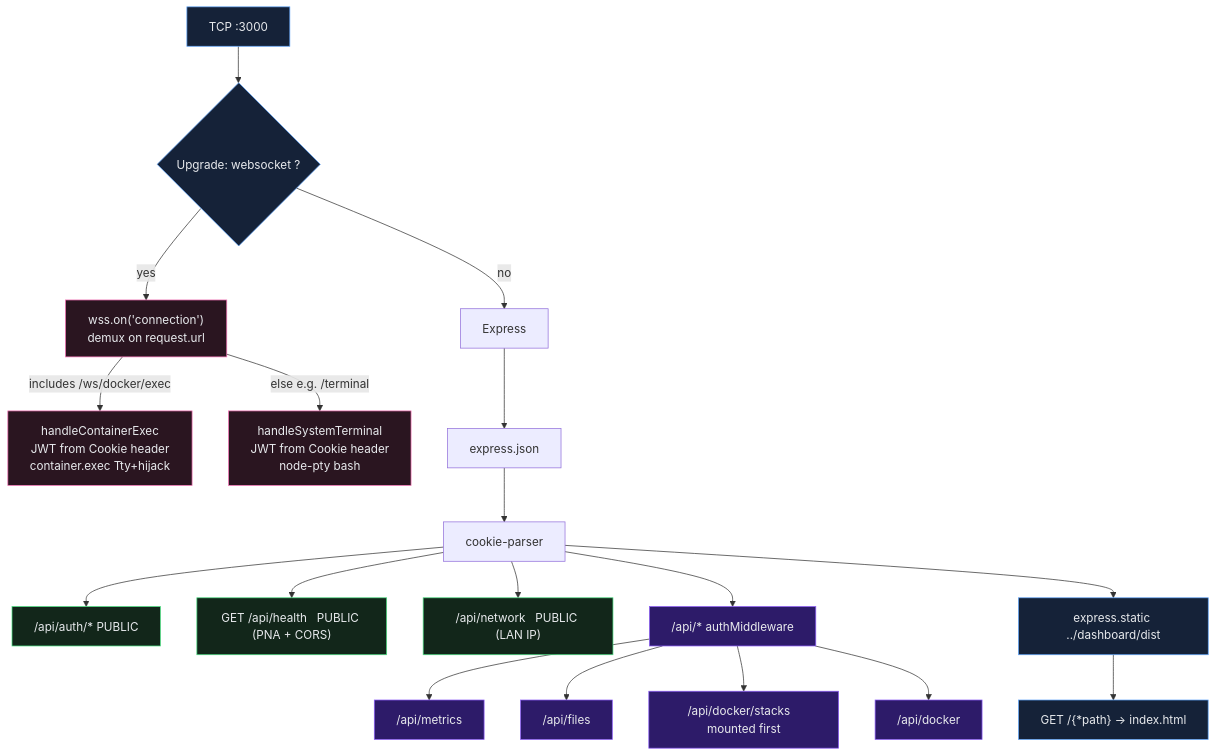
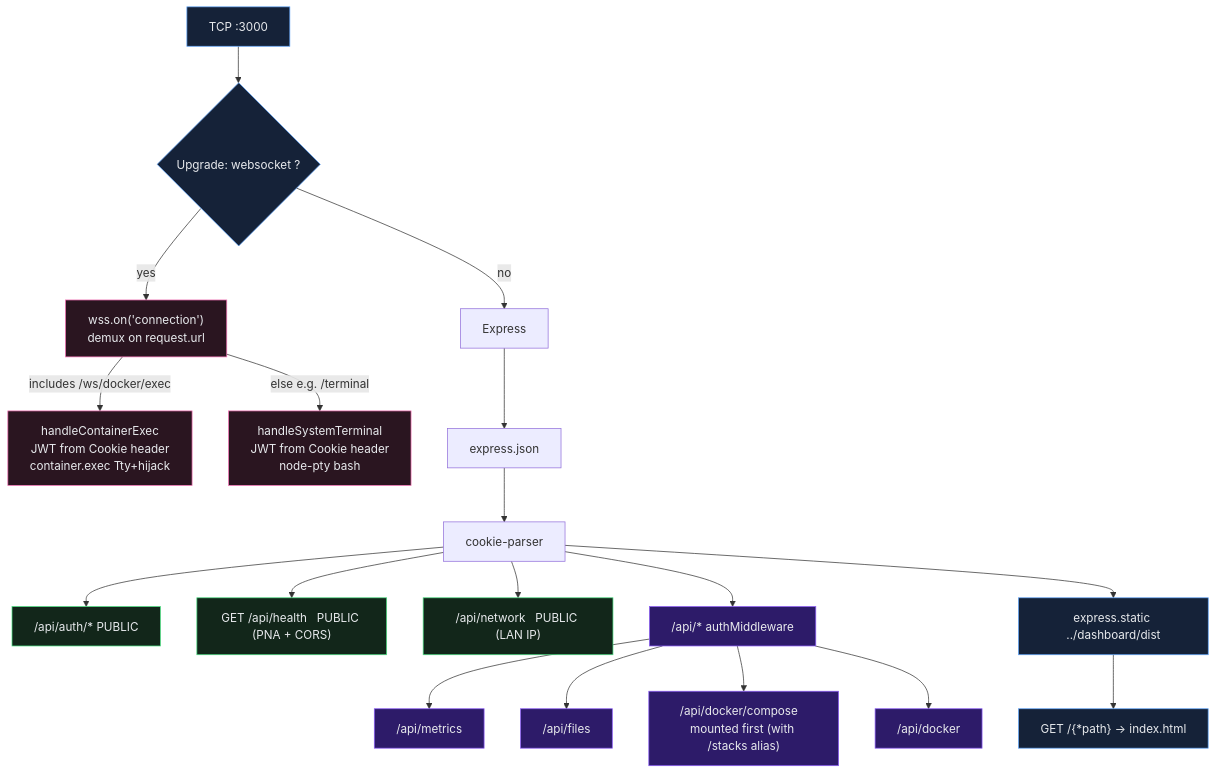
Before and after one commit to Cypher-0071/Home_Cloud: the third of 7 diagrams in docs/SYSTEM_DESIGN.md, drawn with Mermaid. The commit also changed other lines of this file and 10 other files, not shown here.

Commit message:
refactor(docker): rename stacks to compose across backend, frontend, and docs

````diff
--- a/docs/SYSTEM_DESIGN.md
+++ b/docs/SYSTEM_DESIGN.md
@@ -239,35 +239,35 @@
 ```mermaid
 flowchart TB
   classDef in fill:#152238,stroke:#60a5fa,color:#e8eaed
   classDef mux fill:#1e1635,stroke:#c4b5fd,color:#e8eaed
   classDef pub fill:#12261a,stroke:#4ade80,color:#e8eaed
   classDef prot fill:#2d1b69,stroke:#8b5cf6,color:#e8eaed
   classDef spa fill:#152238,stroke:#60a5fa,color:#e8eaed
   classDef ws fill:#2a1520,stroke:#f472b6,color:#e8eaed
 
   IN["TCP :3000"] --> UPG{"Upgrade: websocket ?"}
   UPG -->|yes| WSS["wss.on('connection')<br/>demux on request.url"]
   UPG -->|no| EXP["Express"]
 
   WSS -->|"includes /ws/docker/exec"| EXEC["handleContainerExec<br/>JWT from Cookie header<br/>container.exec Tty+hijack"]
   WSS -->|"else  e.g. /terminal"| HOST["handleSystemTerminal<br/>JWT from Cookie header<br/>node-pty bash"]
 
   EXP --> JSON["express.json"]
   JSON --> CK["cookie-parser"]
   CK --> R1["/api/auth/*   PUBLIC"]
   CK --> HL["GET /api/health   PUBLIC (PNA + CORS)"]
   CK --> NET["/api/network   PUBLIC (LAN IP)"]
   CK --> MW["/api/*   authMiddleware"]
   MW --> R2["/api/metrics"]
   MW --> R3["/api/files"]
-  MW --> R4["/api/docker/stacks   mounted first"]
+  MW --> R4["/api/docker/compose   mounted first (with /stacks alias)"]
   MW --> R5["/api/docker"]
   CK --> ST["express.static ../dashboard/dist"]
   ST --> SPA["GET /{*path} → index.html"]
 
   class IN,UPG in
   class WSS,EXEC,HOST ws
   class R1,HL,NET pub
   class MW,R2,R3,R4,R5 prot
   class ST,SPA spa
 ```
````
